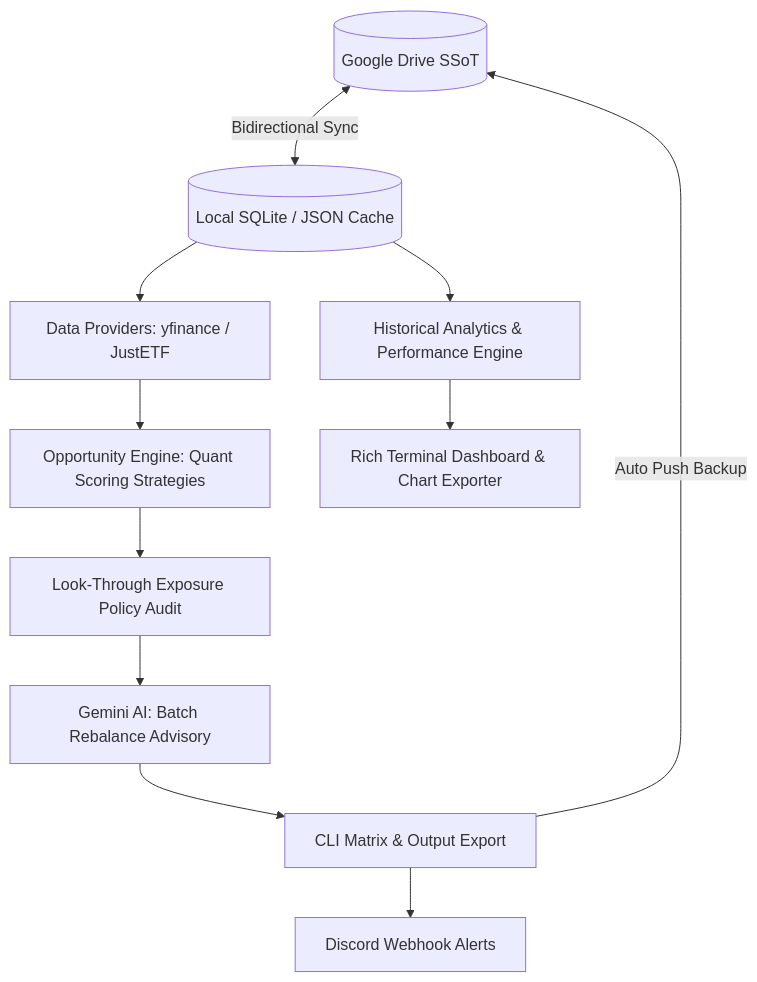
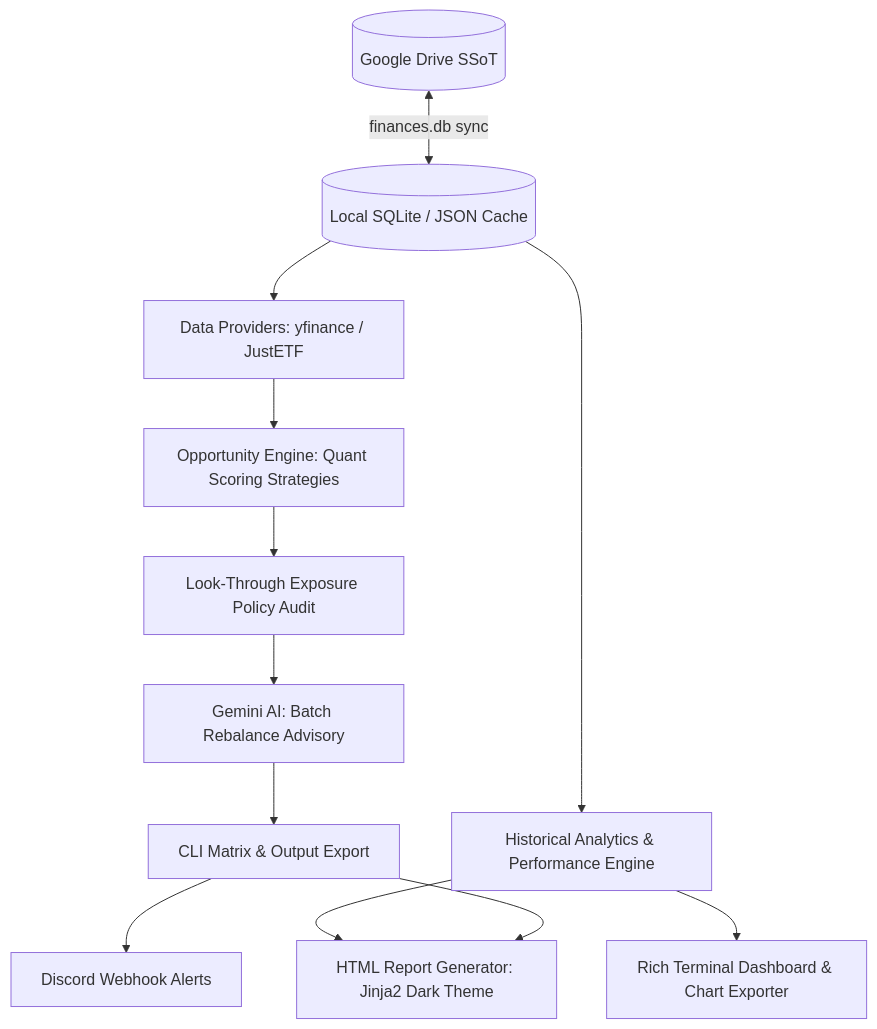
One commit to JoPedro15/finances changed the diagram in README.md. Above: the diagram before and after it, drawn with Mermaid. The commit also changed other lines of this file and 9 other files, not shown here.

````diff
--- a/README.md
+++ b/README.md
@@ -29,13 +29,14 @@
 ```mermaid
 graph TD
-    GDrive[(Google Drive SSoT)] <-->|Bidirectional Sync| LocalDB[(Local SQLite / JSON Cache)]
+    GDrive[(Google Drive SSoT)] <-->|finances.db sync| LocalDB[(Local SQLite / JSON Cache)]
     LocalDB --> Providers[Data Providers: yfinance / JustETF]
     LocalDB --> Analytics[Historical Analytics & Performance Engine]
     Providers --> Engine[Opportunity Engine: Quant Scoring Strategies]
     Engine --> Exposure[Look-Through Exposure Policy Audit]
     Exposure --> Gemini[Gemini AI: Batch Rebalance Advisory]
     Analytics --> Dashboard[Rich Terminal Dashboard & Chart Exporter]
+    Analytics --> ReportGen[HTML Report Generator: Jinja2 Dark Theme]
     Gemini --> Report[CLI Matrix & Output Export]
     Report --> Discord[Discord Webhook Alerts]
-    Report -->|Auto Push Backup| GDrive
+    Report --> ReportGen
 ```
````
